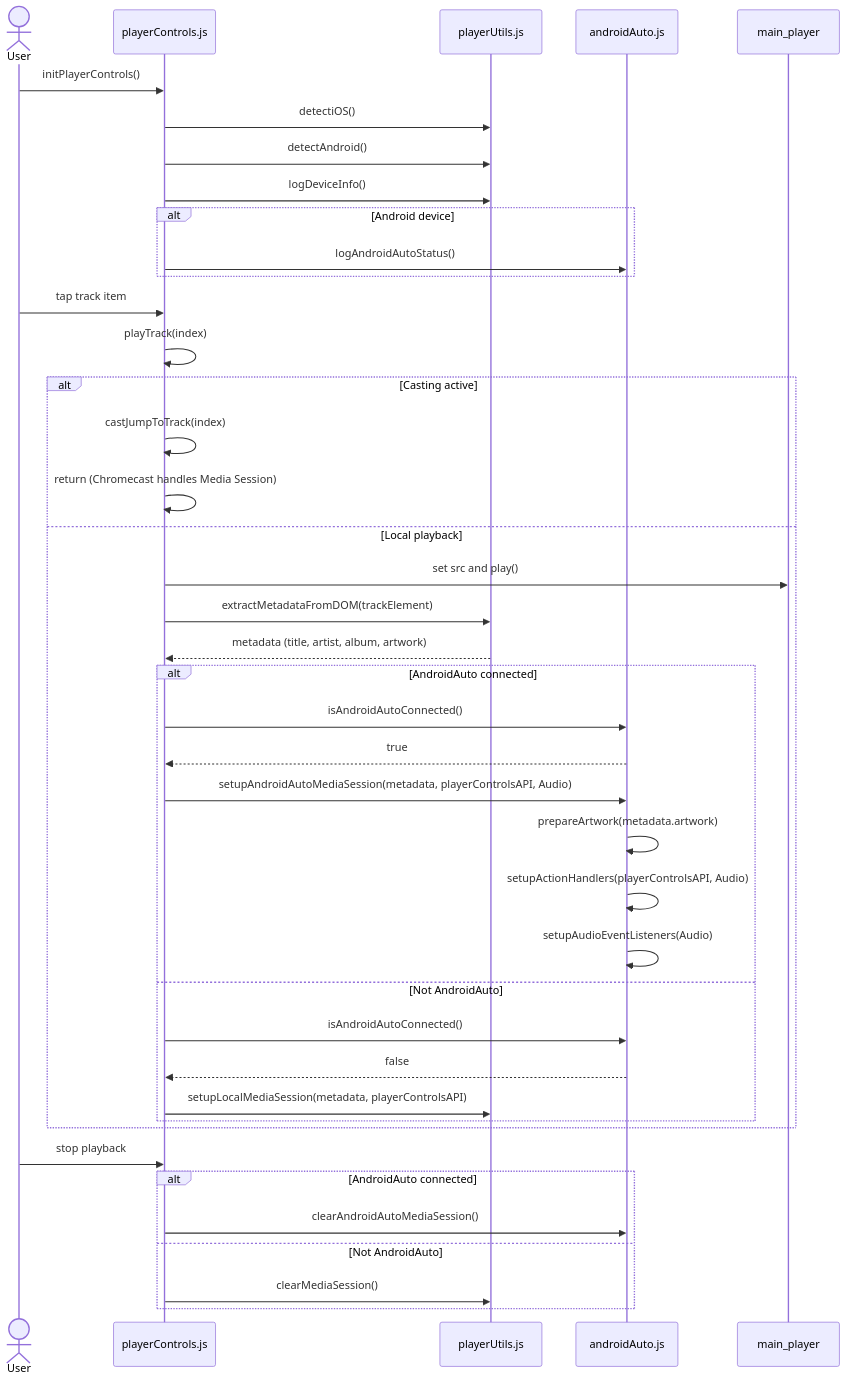
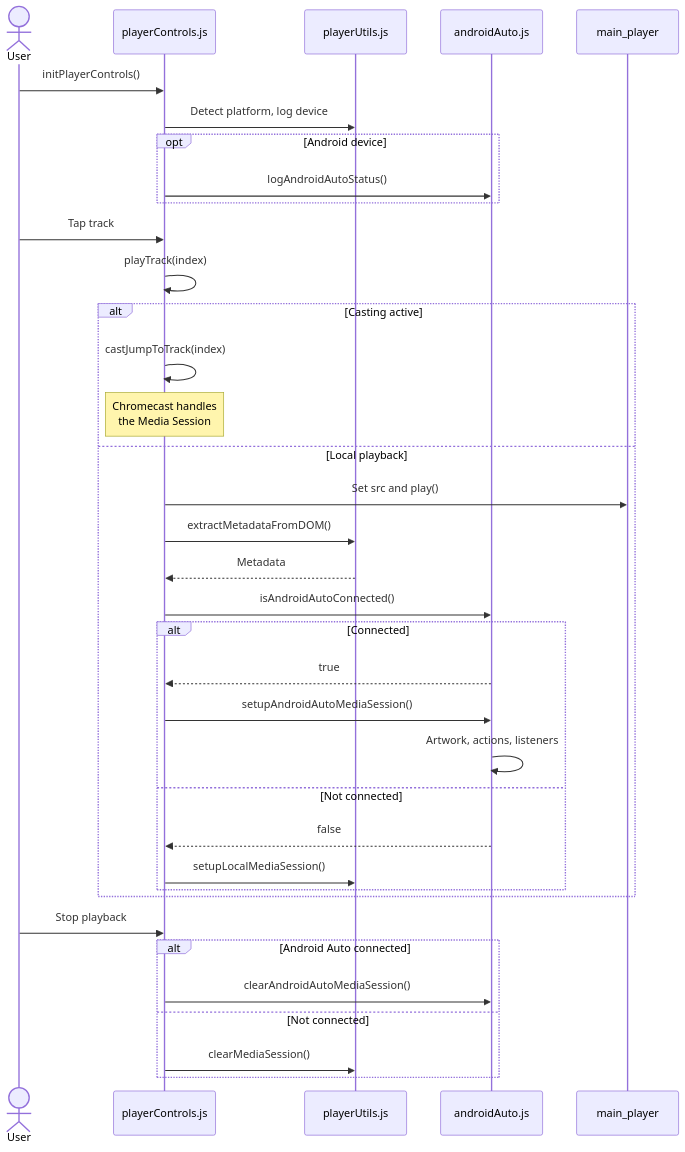
Before and after one commit to mark-me/mixtape-society: the second of 3 diagrams in docs/development/device-integration/android-auto/overview.md, drawn with Mermaid. The commit also changed other lines of this file and 19 other files, not shown here.

First line of the commit message:
Simplify unreadable diagrams and correct small errors in the docs

````diff
--- a/docs/development/device-integration/android-auto/overview.md
+++ b/docs/development/device-integration/android-auto/overview.md
@@ -63,46 +63,41 @@
 ```mermaid
 sequenceDiagram
     actor User
-    participant PlayerControls as playerControls.js
-    participant PlayerUtils as playerUtils.js
-    participant AndroidAuto as androidAuto.js
+    participant Controls as playerControls.js
+    participant Utils as playerUtils.js
+    participant Auto as androidAuto.js
     participant Audio as main_player
 
-    User->>PlayerControls: initPlayerControls()
-    PlayerControls->>PlayerUtils: detectiOS()
-    PlayerControls->>PlayerUtils: detectAndroid()
-    PlayerControls->>PlayerUtils: logDeviceInfo()
-    alt Android device
-        PlayerControls->>AndroidAuto: logAndroidAutoStatus()
+    User->>Controls: initPlayerControls()
+    Controls->>Utils: Detect platform, log device
+    opt Android device
+        Controls->>Auto: logAndroidAutoStatus()
     end
 
-    User->>PlayerControls: tap track item
-    PlayerControls->>PlayerControls: playTrack(index)
+    User->>Controls: Tap track
+    Controls->>Controls: playTrack(index)
     alt Casting active
-        PlayerControls->>PlayerControls: castJumpToTrack(index)
-        PlayerControls->>PlayerControls: return (Chromecast handles Media Session)
+        Controls->>Controls: castJumpToTrack(index)
+        Note over Controls: Chromecast handles<br/>the Media Session
     else Local playback
-        PlayerControls->>Audio: set src and play()
-        PlayerControls->>PlayerUtils: extractMetadataFromDOM(trackElement)
-        PlayerUtils-->>PlayerControls: metadata (title, artist, album, artwork)
-        alt AndroidAuto connected
-            PlayerControls->>AndroidAuto: isAndroidAutoConnected()
-            AndroidAuto-->>PlayerControls: true
-            PlayerControls->>AndroidAuto: setupAndroidAutoMediaSession(metadata, playerControlsAPI, Audio)
-            AndroidAuto->>AndroidAuto: prepareArtwork(metadata.artwork)
-            AndroidAuto->>AndroidAuto: setupActionHandlers(playerControlsAPI, Audio)
-            AndroidAuto->>AndroidAuto: setupAudioEventListeners(Audio)
-        else Not AndroidAuto
-            PlayerControls->>AndroidAuto: isAndroidAutoConnected()
-            AndroidAuto-->>PlayerControls: false
-            PlayerControls->>PlayerUtils: setupLocalMediaSession(metadata, playerControlsAPI)
+        Controls->>Audio: Set src and play()
+        Controls->>Utils: extractMetadataFromDOM()
+        Utils-->>Controls: Metadata
+        Controls->>Auto: isAndroidAutoConnected()
+        alt Connected
+            Auto-->>Controls: true
+            Controls->>Auto: setupAndroidAutoMediaSession()
+            Auto->>Auto: Artwork, actions, listeners
+        else Not connected
+            Auto-->>Controls: false
+            Controls->>Utils: setupLocalMediaSession()
         end
     end
 
-    User->>PlayerControls: stop playback
-    alt AndroidAuto connected
-        PlayerControls->>AndroidAuto: clearAndroidAutoMediaSession()
-    else Not AndroidAuto
-        PlayerControls->>PlayerUtils: clearMediaSession()
+    User->>Controls: Stop playback
+    alt Android Auto connected
+        Controls->>Auto: clearAndroidAutoMediaSession()
+    else Not connected
+        Controls->>Utils: clearMediaSession()
     end
 ```
````
